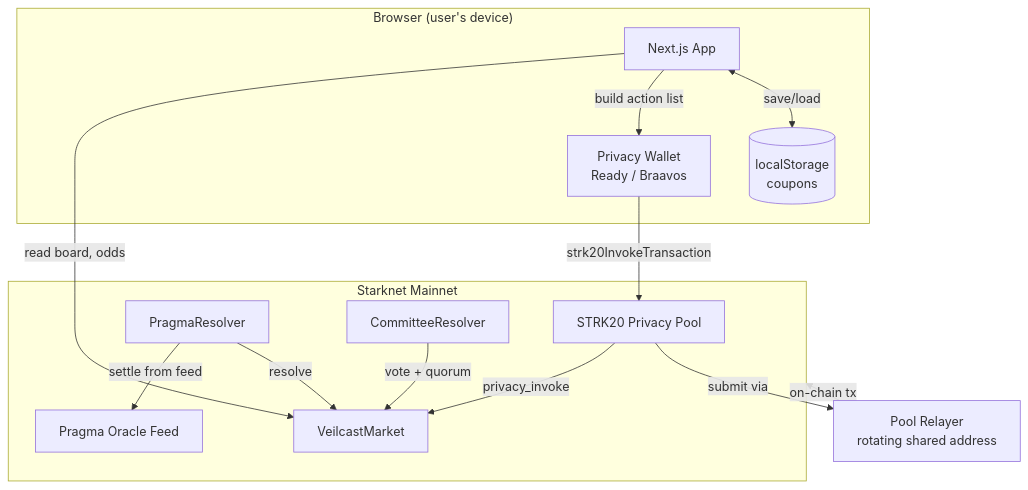
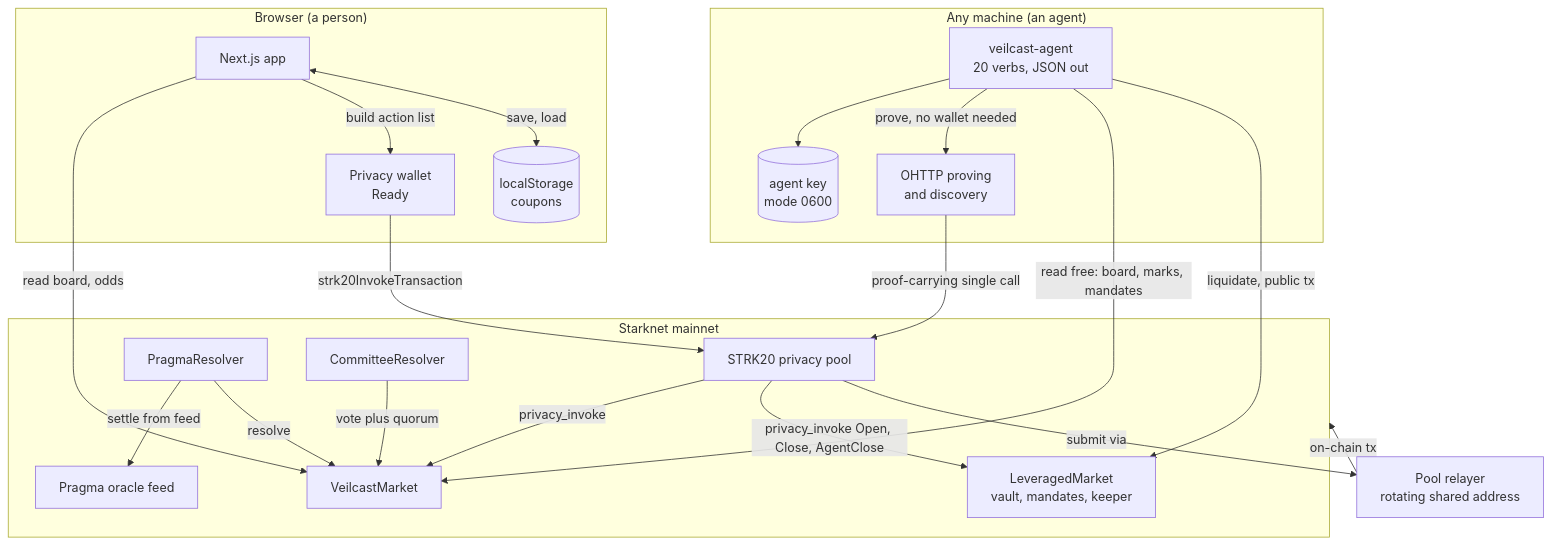
Before and after one commit to zkasuran/veilcast: the first of 5 diagrams in ARCHITECTURE.md, drawn with Mermaid. The commit also changed other lines of this file, not shown here.

First line of the commit message:
Bring the architecture doc up to the product it describes

````diff
--- a/ARCHITECTURE.md
+++ b/ARCHITECTURE.md
@@ -11,29 +14,42 @@
 ```mermaid
 graph TB
-    subgraph Browser["Browser (user's device)"]
-        App[Next.js App]
+    subgraph Browser["Browser (a person)"]
+        App[Next.js app]
         Coupons[(localStorage<br/>coupons)]
-        Wallet[Privacy Wallet<br/>Ready / Braavos]
+        Wallet[Privacy wallet<br/>Ready]
     end
 
-    subgraph Starknet["Starknet Mainnet"]
-        Pool[STRK20 Privacy Pool]
+    subgraph Agent["Any machine (an agent)"]
+        CLI[veilcast-agent<br/>20 verbs, JSON out]
+        AgentKey[(agent key<br/>mode 0600)]
+        OHTTP[OHTTP proving<br/>and discovery]
+    end
+
+    subgraph Starknet["Starknet mainnet"]
+        Pool[STRK20 privacy pool]
         Market[VeilcastMarket]
+        Lev[LeveragedMarket<br/>vault, mandates, keeper]
         Pragma[PragmaResolver]
         Committee[CommitteeResolver]
-        Oracle[Pragma Oracle Feed]
+        Oracle[Pragma oracle feed]
     end
 
-    Relayer[Pool Relayer<br/>rotating shared address]
+    Relayer[Pool relayer<br/>rotating shared address]
 
     App -->|read board, odds| Market
     App -->|build action list| Wallet
     Wallet -->|strk20InvokeTransaction| Pool
+    CLI --> AgentKey
+    CLI -->|prove, no wallet needed| OHTTP
+    OHTTP -->|proof-carrying single call| Pool
+    CLI -->|read free: board, marks, mandates| Market
+    CLI -->|liquidate, public tx| Lev
     Pool -->|privacy_invoke| Market
+    Pool -->|privacy_invoke Open, Close, AgentClose| Lev
     Pool -->|submit via| Relayer
     Relayer -->|on-chain tx| Starknet
     Pragma -->|settle from feed| Oracle
     Pragma -->|resolve| Market
-    Committee -->|vote + quorum| Market
-    App <-->|save/load| Coupons
+    Committee -->|vote plus quorum| Market
+    App <-->|save, load| Coupons
 ```
````
